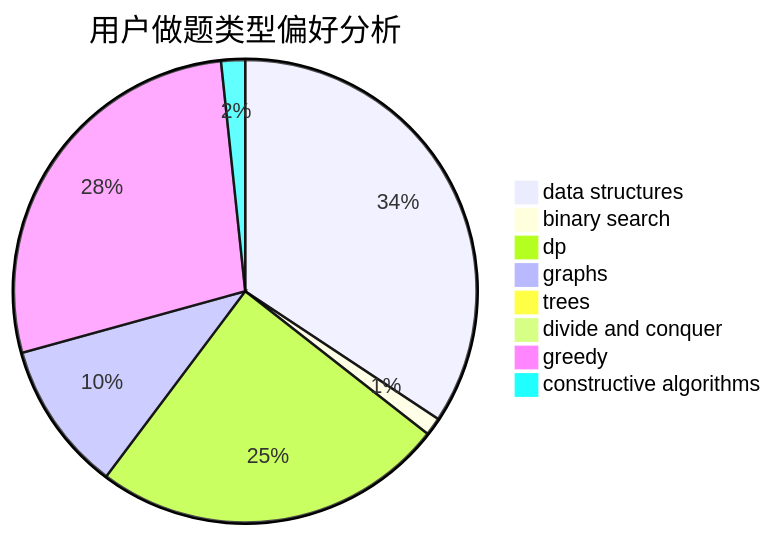
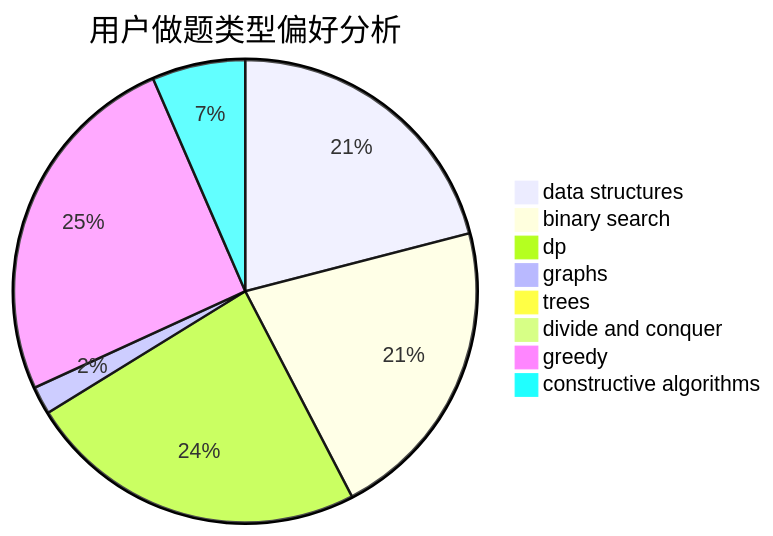
One commit to sherpahu/cfrs.github.io changed the second of 3 diagrams in docs/user/u1603.md. Above: the diagram before and after it, drawn with Mermaid. The commit also changed other lines of this file and 2770 other files, not shown here.

````diff
--- a/docs/user/u1603.md
+++ b/docs/user/u1603.md
@@ -23,11 +23,11 @@
 ```mermaid
 pie title 用户做题类型偏好分析
-    "data structures" :  82
-    "binary search" :  3
-    "dp" :  59
-    "graphs" :  25
-    "trees" :  1
+    "data structures" :  396
+    "binary search" :  404
+    "dp" :  450
+    "graphs" :  37
+    "trees" :  3
     "divide and conquer" :  0
-    "greedy" :  66
-    "constructive algorithms" :  4
+    "greedy" :  478
+    "constructive algorithms" :  123
 ```
````
